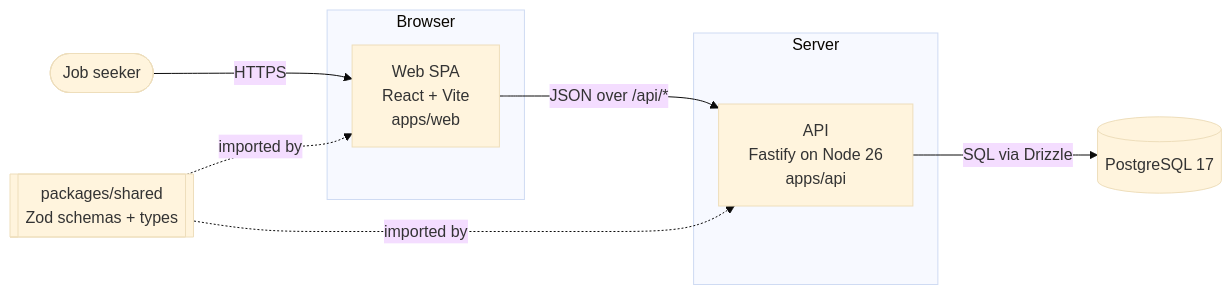
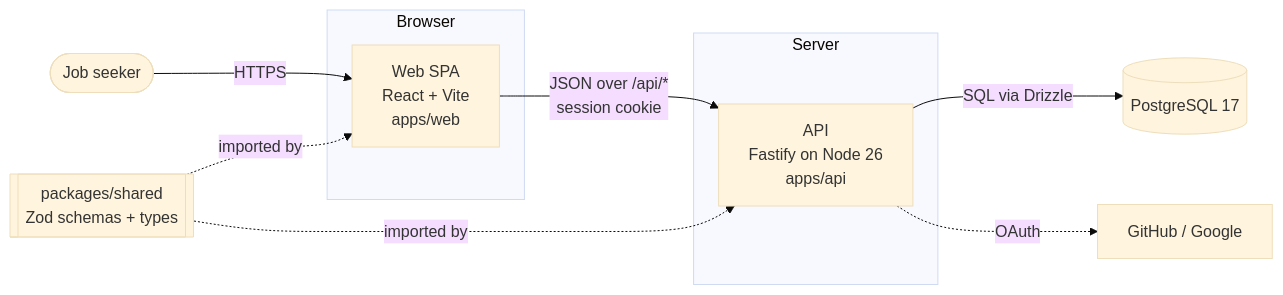
One commit to brianpatterson/interview-app changed the first of 4 diagrams in docs/architecture.md. Above: the diagram before and after it, drawn with Mermaid (base theme). The commit also changed other lines of this file and 7 other files, not shown here.

First line of the commit message:
docs: record auth decision and add roadmap

````diff
--- a/docs/architecture.md
+++ b/docs/architecture.md
@@ -33,19 +34,20 @@
 ```mermaid
 flowchart LR
   user([Job seeker]) -->|HTTPS| web
 
   subgraph Browser
     web[Web SPA<br/>React + Vite<br/>apps/web]
   end
 
   subgraph Server
     api[API<br/>Fastify on Node 26<br/>apps/api]
   end
 
   db[(PostgreSQL 17)]
 
-  web -->|JSON over /api/*| api
+  web -->|JSON over /api/*<br/>session cookie| api
   api -->|SQL via Drizzle| db
+  api -.OAuth.-> idp[GitHub / Google]
   shared[[packages/shared<br/>Zod schemas + types]] -.imported by.-> web
   shared -.imported by.-> api
 ```
````
